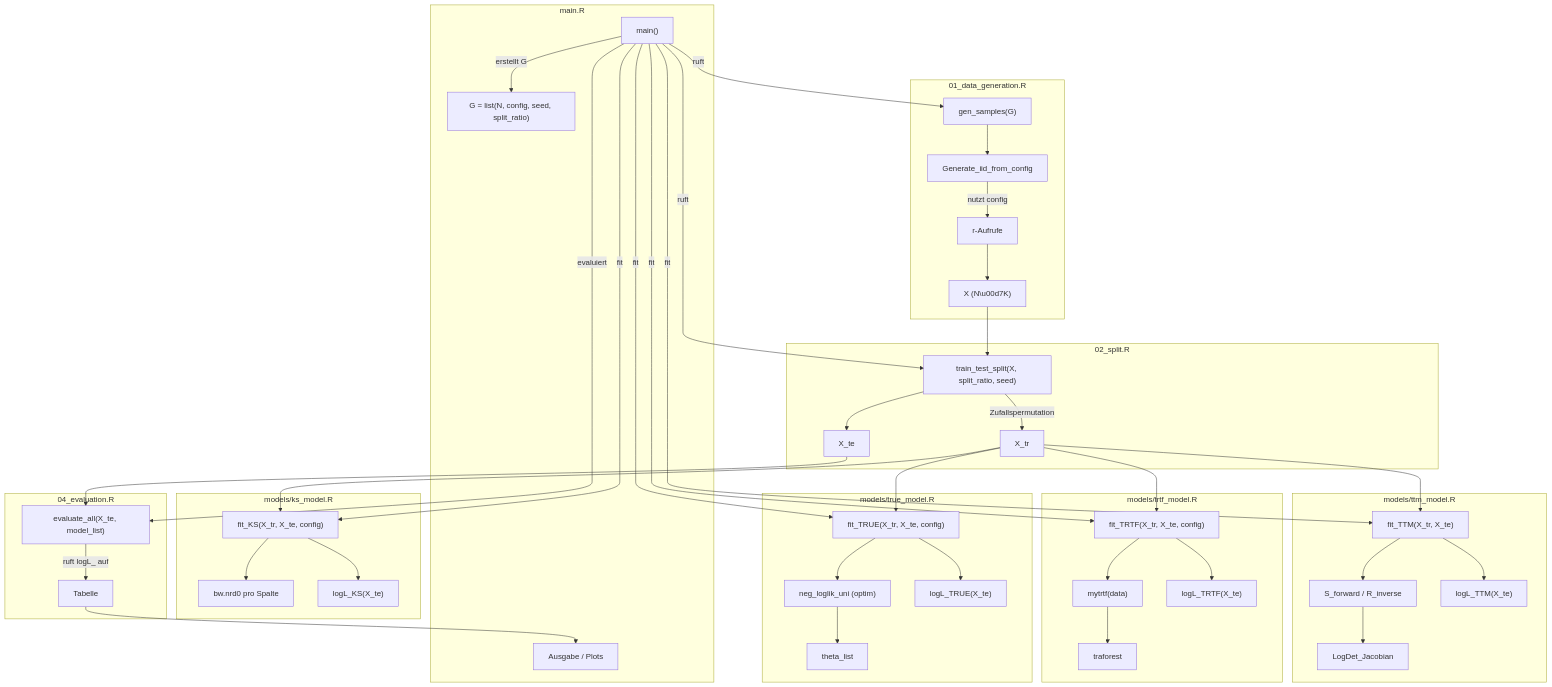
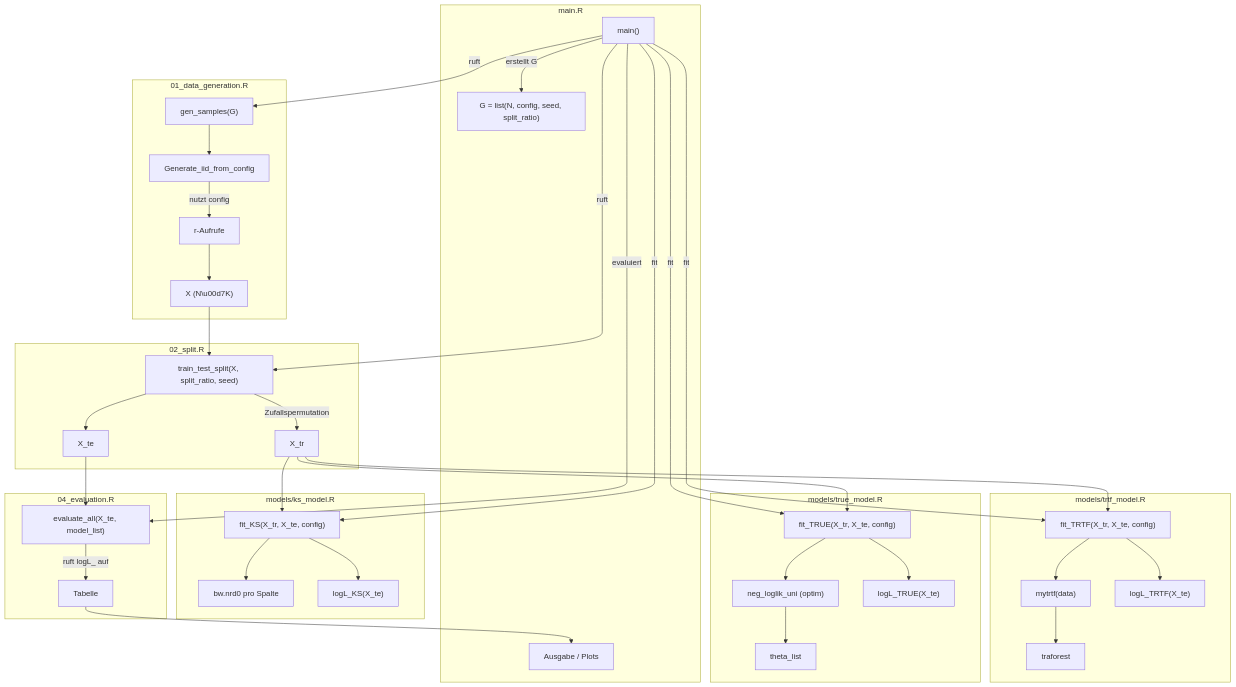
One commit to leonfaro/multivariate-density-estimation changed the diagram in docs/architecture.md. Above: the diagram before and after it, drawn with Mermaid. The commit also changed other lines of this file and 7 other files, not shown here.

````diff
--- a/docs/architecture.md
+++ b/docs/architecture.md
@@ -10,59 +10,52 @@
 ```mermaid
 graph TD
     subgraph Script01["01_data_generation.R"]
         A1["gen_samples(G)"] --> A2["Generate_iid_from_config"]
         A2 -->|"nutzt config"| A3["r<distr>-Aufrufe"]
         A3 --> A4["X (N\u00d7K)"]
     end
 
     subgraph Script02["02_split.R"]
         B1["train_test_split(X, split_ratio, seed)"] -->|"Zufallspermutation"| B2["X_tr"]
         B1 --> B3["X_te"]
     end
 
     subgraph TrueModel["models/true_model.R"]
         C1["fit_TRUE(X_tr, X_te, config)"] --> C2["neg_loglik_uni (optim)"]
         C2 --> C3["theta_list"]
         C1 --> C4["logL_TRUE(X_te)"]
     end
 
     subgraph TRTFModel["models/trtf_model.R"]
         D1["fit_TRTF(X_tr, X_te, config)"] --> D2["mytrtf(data)"]
         D2 --> D3["traforest" ]
         D1 --> D4["logL_TRTF(X_te)"]
     end
 
     subgraph KSModel["models/ks_model.R"]
         E1["fit_KS(X_tr, X_te, config)"] --> E2["bw.nrd0 pro Spalte"]
         E1 --> E3["logL_KS(X_te)"]
     end
 
-    subgraph TTMModel["models/ttm_model.R"]
-        F1["fit_TTM(X_tr, X_te)"] --> F2["S_forward / R_inverse"]
-        F2 --> F3["LogDet_Jacobian"]
-        F1 --> F4["logL_TTM(X_te)"]
-    end
 
     subgraph Script04["04_evaluation.R"]
         G1["evaluate_all(X_te, model_list)"] -->|"ruft logL_<id> auf"| G2["Tabelle"]
     end
 
     subgraph Script05["main.R"]
         H1["main()"] -->|"erstellt G"| Gsetup["G = list(N, config, seed, split_ratio)"]
         H1 -->|"ruft"| A1
         H1 -->|"ruft"| B1
         H1 -->|"fit"| C1
         H1 -->|"fit"| D1
         H1 -->|"fit"| E1
-        H1 -->|"fit"| F1
         H1 -->|"evaluiert"| G1
         G2 --> H2["Ausgabe / Plots"]
     end
 
     A4 --> B1
     B2 --> C1
     B2 --> D1
     B2 --> E1
-    B2 --> F1
     B3 --> G1
 ```
````
